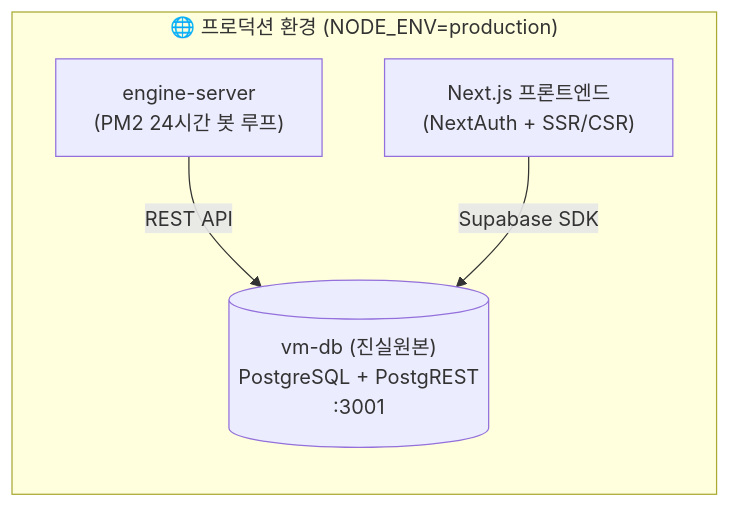
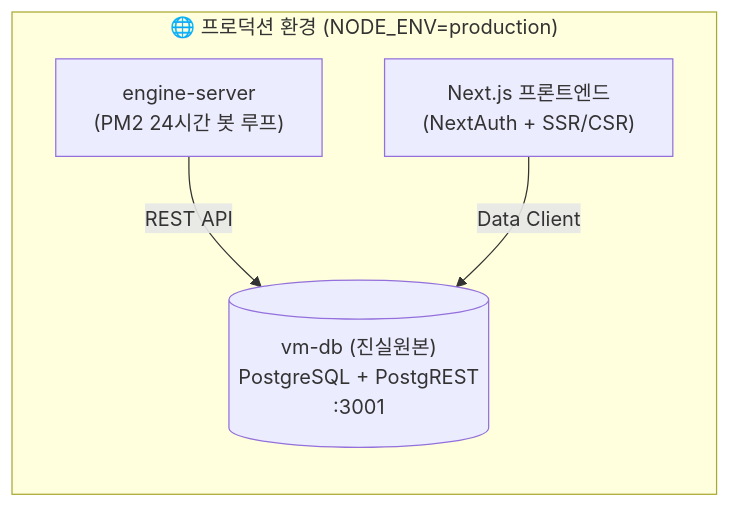
Before and after one commit to parksm060204/stocksys: the diagram in docs/architecture.md, drawn with Mermaid. The commit also changed other lines of this file and 868 other files, not shown here.

````diff
--- a/docs/architecture.md
+++ b/docs/architecture.md
@@ -7,7 +7,7 @@
 ```mermaid
 flowchart LR
     subgraph Production_Architecture ["🌐 프로덕션 환경 (NODE_ENV=production)"]
         ENGINE["engine-server<br/>(PM2 24시간 봇 루프)"] -->|REST API| VMDB[("vm-db (진실원본)<br/>PostgreSQL + PostgREST<br/>:3001")]
-        FRONT["Next.js 프론트엔드<br/>(NextAuth + SSR/CSR)"] -->|Supabase SDK| VMDB
+        FRONT["Next.js 프론트엔드<br/>(NextAuth + SSR/CSR)"] -->|Data Client| VMDB
     end
 ```
````
